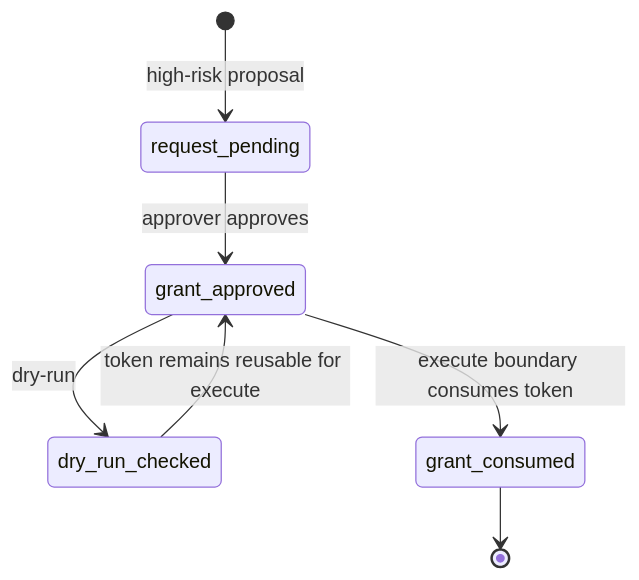
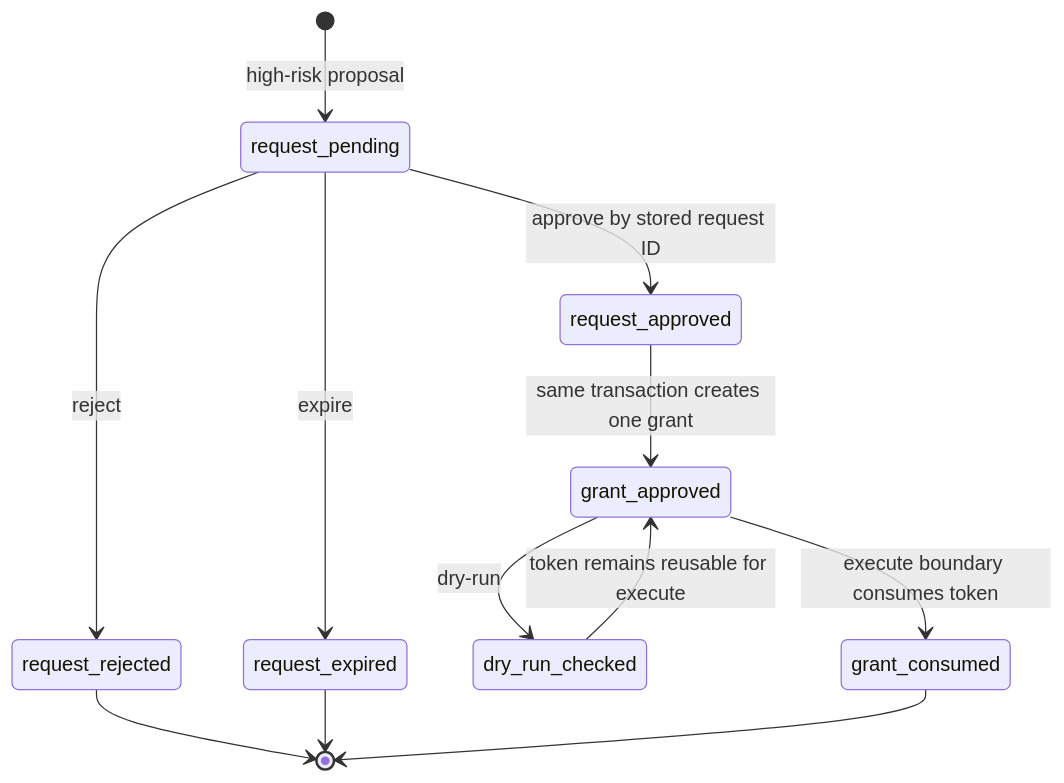
Diagram 19 of 20 in .notes/ai_soc/alert-lifecycle-flow.md (yydspanda/deer-flow), drawn with Mermaid before and after one commit. The commit also changed other lines of this file and 50 other files, not shown here.

````diff
--- a/.notes/ai_soc/alert-lifecycle-flow.md
+++ b/.notes/ai_soc/alert-lifecycle-flow.md
@@ -706,9 +709,14 @@
 ```mermaid
 stateDiagram-v2
     [*] --> request_pending: high-risk proposal
-    request_pending --> grant_approved: approver approves
+    request_pending --> request_approved: approve by stored request ID
+    request_pending --> request_rejected: reject
+    request_pending --> request_expired: expire
+    request_approved --> grant_approved: same transaction creates one grant
     grant_approved --> dry_run_checked: dry-run
     dry_run_checked --> grant_approved: token remains reusable for execute
     grant_approved --> grant_consumed: execute boundary consumes token
+    request_rejected --> [*]
+    request_expired --> [*]
     grant_consumed --> [*]
 ```
````
